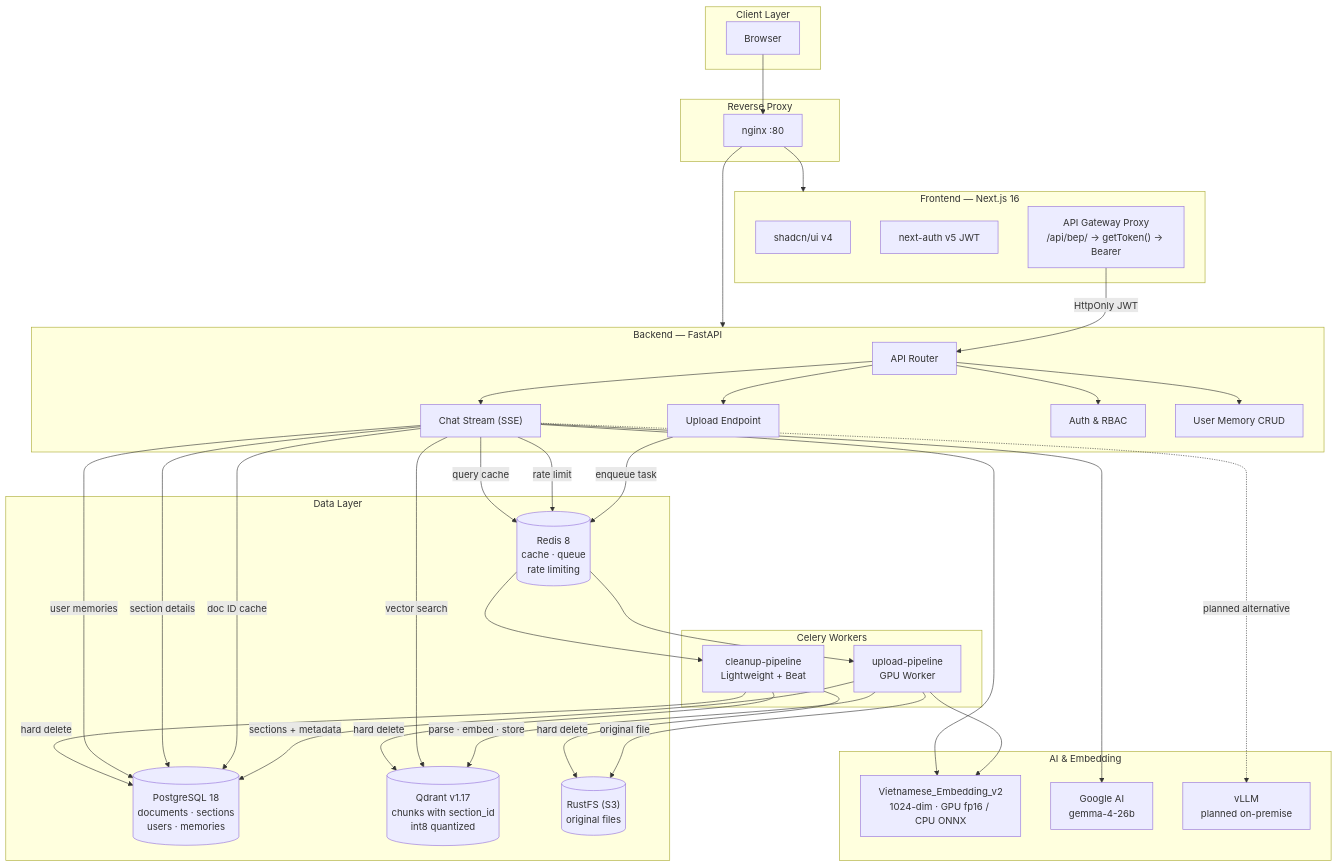
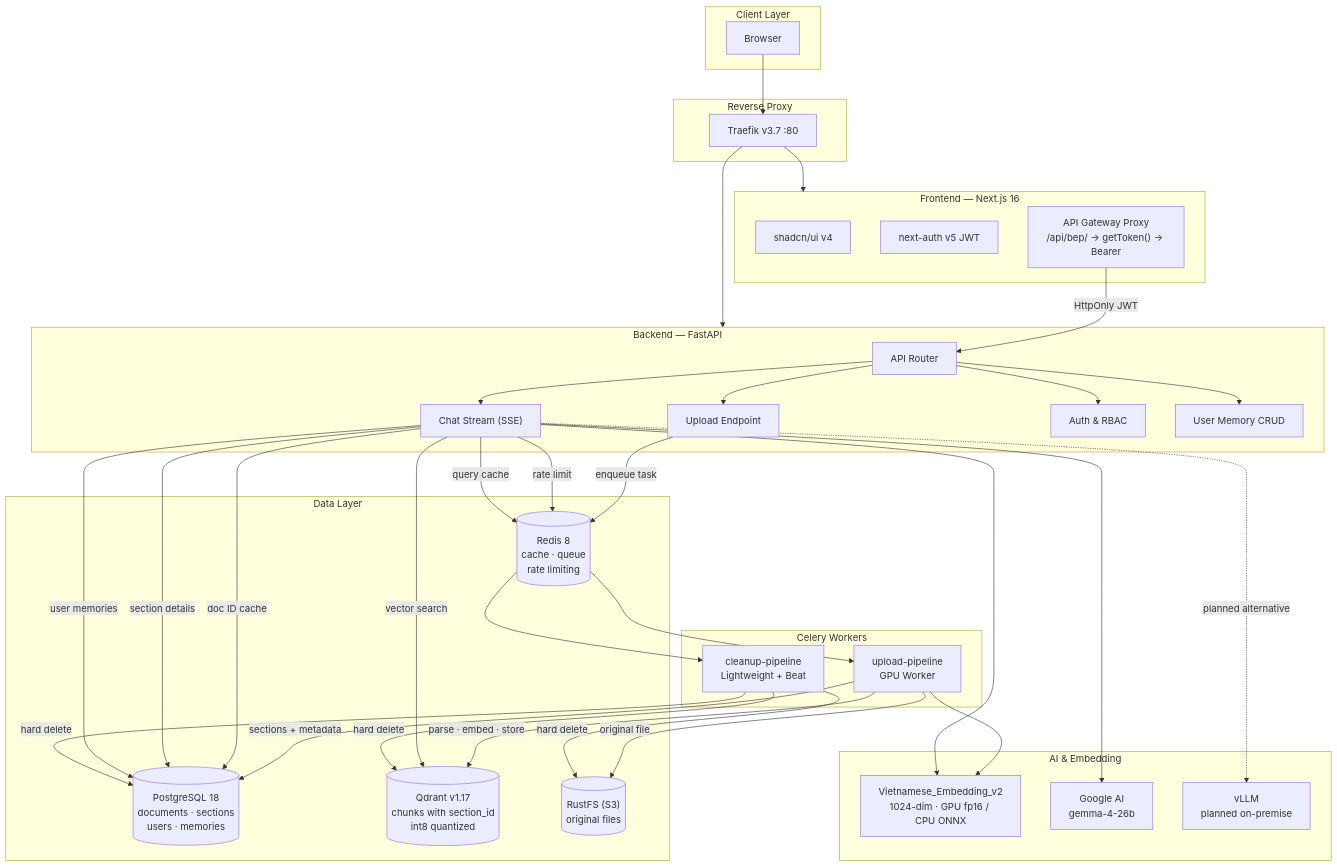
Before and after one commit to qtuanph/chatbot-rag: the first of 5 diagrams in README.md, drawn with Mermaid. The commit also changed other lines of this file and 13 other files, not shown here.

````diff
--- a/README.md
+++ b/README.md
@@ -76,75 +76,75 @@
 ```mermaid
 graph TB
     subgraph Client["Client Layer"]
         Browser["Browser"]
     end
 
     subgraph Gateway["Reverse Proxy"]
-        Nginx["nginx :80"]
+        Traefik["Traefik v3.7 :80"]
     end
 
     subgraph Frontend["Frontend — Next.js 16"]
         UI["shadcn/ui v4"]
         Auth["next-auth v5 JWT"]
         Proxy["API Gateway Proxy<br/>/api/bep/ → getToken() → Bearer"]
     end
 
     subgraph Backend["Backend — FastAPI"]
         APIRouter["API Router"]
         ChatRoute["Chat Stream (SSE)"]
         UploadRoute["Upload Endpoint"]
         AuthRoute["Auth & RBAC"]
         MemoryRoute["User Memory CRUD"]
     end
 
     subgraph Workers["Celery Workers"]
         UploadWorker["upload-pipeline<br/>GPU Worker"]
         CleanupWorker["cleanup-pipeline<br/>Lightweight + Beat"]
     end
 
     subgraph Data["Data Layer"]
         PG[("PostgreSQL 18<br/>documents · sections<br/>users · memories")]
         Qdrant[("Qdrant v1.17<br/>chunks with section_id<br/>int8 quantized")]
         Redis[("Redis 8<br/>cache · queue<br/>rate limiting")]
         RustFS[("RustFS (S3)<br/>original files")]
     end
 
     subgraph AI["AI & Embedding"]
         Embedding["Vietnamese_Embedding_v2<br/>1024-dim · GPU fp16 / CPU ONNX"]
         Google["Google AI<br/>gemma-4-26b"]
         vLLM["vLLM<br/>planned on-premise"]
     end
 
-    Browser --> Nginx
-    Nginx --> Frontend
-    Nginx --> Backend
+    Browser --> Traefik
+    Traefik --> Frontend
+    Traefik --> Backend
 
     Proxy -->|"HttpOnly JWT"| APIRouter
     APIRouter --> ChatRoute
     APIRouter --> UploadRoute
     APIRouter --> AuthRoute
     APIRouter --> MemoryRoute
 
     UploadRoute -->|"enqueue task"| Redis
     Redis --> UploadWorker
     Redis --> CleanupWorker
 
     UploadWorker -->|"parse · embed · store"| Qdrant
     UploadWorker -->|"sections + metadata"| PG
     UploadWorker -->|"original file"| RustFS
     UploadWorker --> Embedding
 
     ChatRoute -->|"rate limit"| Redis
     ChatRoute -->|"query cache"| Redis
     ChatRoute -->|"doc ID cache"| PG
     ChatRoute -->|"vector search"| Qdrant
     ChatRoute -->|"section details"| PG
     ChatRoute --> Google
     ChatRoute -.->|"planned alternative"| vLLM
     ChatRoute -->|"user memories"| PG
     ChatRoute --> Embedding
 
     CleanupWorker -->|"hard delete"| Qdrant
     CleanupWorker -->|"hard delete"| RustFS
     CleanupWorker -->|"hard delete"| PG
 ```
````
